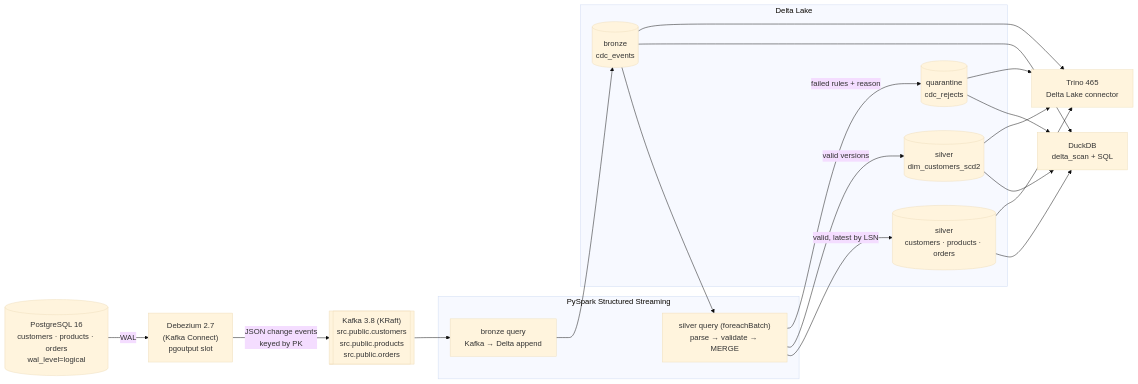
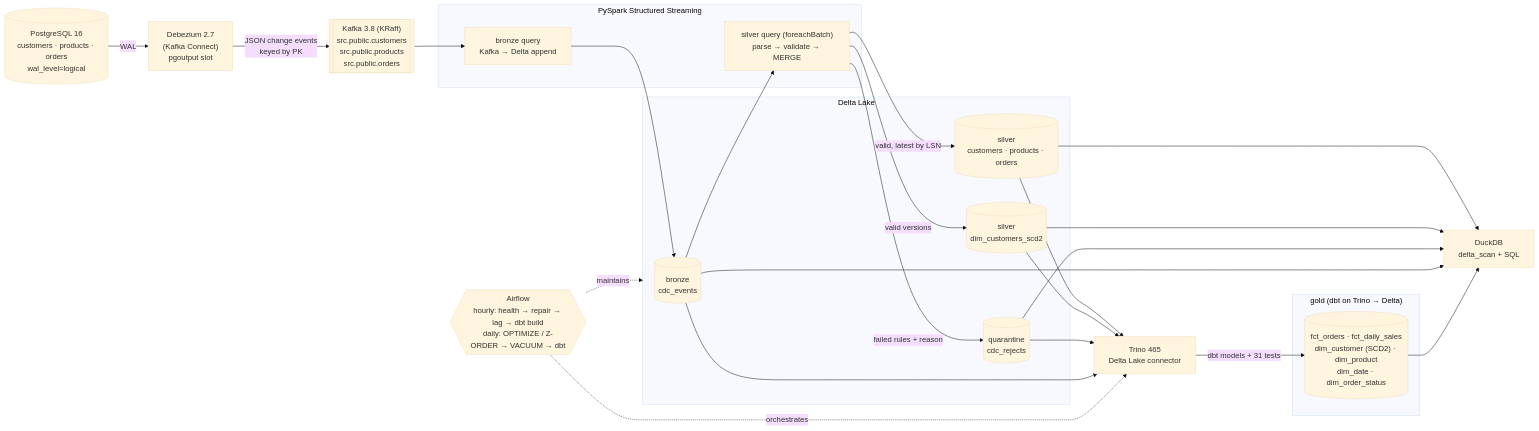
The diagram in README.md (Rhea-Thomas/DeltaLake), drawn with Mermaid (base theme) before and after one commit. The commit also changed other lines of this file, not shown here.

Commit message:
Document gold star schema, Airflow orchestration and performance tuning in README

````diff
--- a/README.md
+++ b/README.md
@@ -100,31 +136,39 @@
 ```mermaid
 flowchart LR
     PG[("PostgreSQL 16<br/>customers · products · orders<br/>wal_level=logical")]
     DBZ["Debezium 2.7<br/>(Kafka Connect)<br/>pgoutput slot"]
     K[["Kafka 3.8 (KRaft)<br/>src.public.customers<br/>src.public.products<br/>src.public.orders"]]
     subgraph SPARK["PySpark Structured Streaming"]
         B["bronze query<br/>Kafka → Delta append"]
         S["silver query (foreachBatch)<br/>parse → validate → MERGE"]
     end
     subgraph LAKE["Delta Lake"]
         BR[("bronze<br/>cdc_events")]
         SV[("silver<br/>customers · products · orders")]
         SC[("silver<br/>dim_customers_scd2")]
         Q[("quarantine<br/>cdc_rejects")]
     end
+    subgraph GOLD["gold (dbt on Trino → Delta)"]
+        G[("fct_orders · fct_daily_sales<br/>dim_customer (SCD2) · dim_product<br/>dim_date · dim_order_status")]
+    end
     DD["DuckDB<br/>delta_scan + SQL"]
     TR["Trino 465<br/>Delta Lake connector"]
+    AF{{"Airflow<br/>hourly: health → repair → lag → dbt build<br/>daily: OPTIMIZE / Z-ORDER → VACUUM → dbt"}}
 
     PG -- WAL --> DBZ -- "JSON change events<br/>keyed by PK" --> K --> B --> BR --> S
     S -- valid, latest by LSN --> SV
     S -- valid versions --> SC
     S -- "failed rules + reason" --> Q
     SV --> DD
     SC --> DD
     Q --> DD
     BR --> DD
     SV --> TR
     SC --> TR
     Q --> TR
     BR --> TR
+    TR -- "dbt models + 31 tests" --> G
+    G --> DD
+    AF -.orchestrates.-> TR
+    AF -.maintains.-> LAKE
 ```
````
